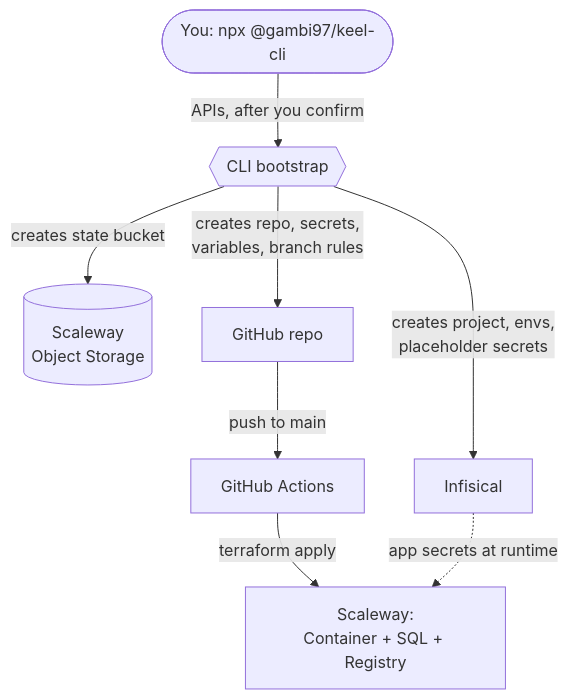
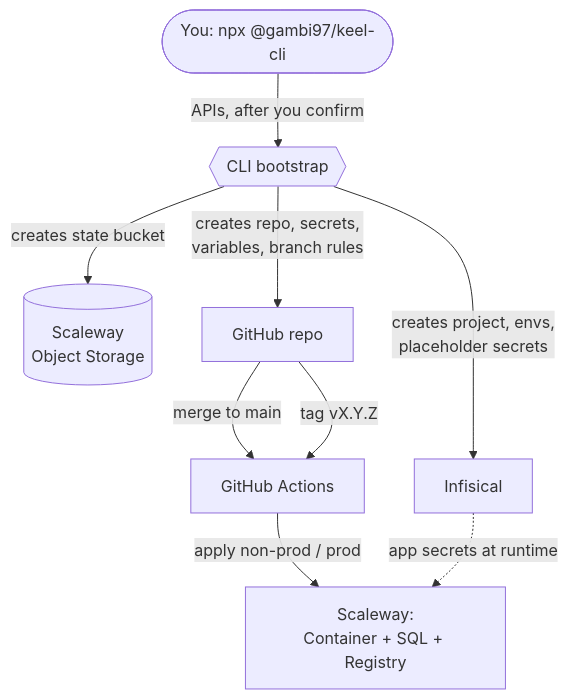
Before and after one commit to Gambi97/keel: the diagram in README.md, drawn with Mermaid. The commit also changed other lines of this file and 6 other files, not shown here.

````diff
--- a/README.md
+++ b/README.md
@@ -147,10 +148,11 @@
 ```mermaid
 flowchart TD
     You([You: npx @gambi97/keel-cli]) -->|APIs, after you confirm| CLI{{CLI bootstrap}}
     CLI -->|creates state bucket| SCW[(Scaleway<br/>Object Storage)]
     CLI -->|creates repo, secrets,<br/>variables, branch rules| GH[GitHub repo]
     CLI -->|creates project, envs,<br/>placeholder secrets| INF[Infisical]
-    GH -->|push to main| ACT[GitHub Actions]
-    ACT -->|terraform apply| PROD[Scaleway:<br/>Container + SQL + Registry]
+    GH -->|merge to main| ACT[GitHub Actions]
+    GH -->|tag vX.Y.Z| ACT
+    ACT -->|apply non-prod / prod| PROD[Scaleway:<br/>Container + SQL + Registry]
     INF -.->|app secrets at runtime| PROD
 ```
````
